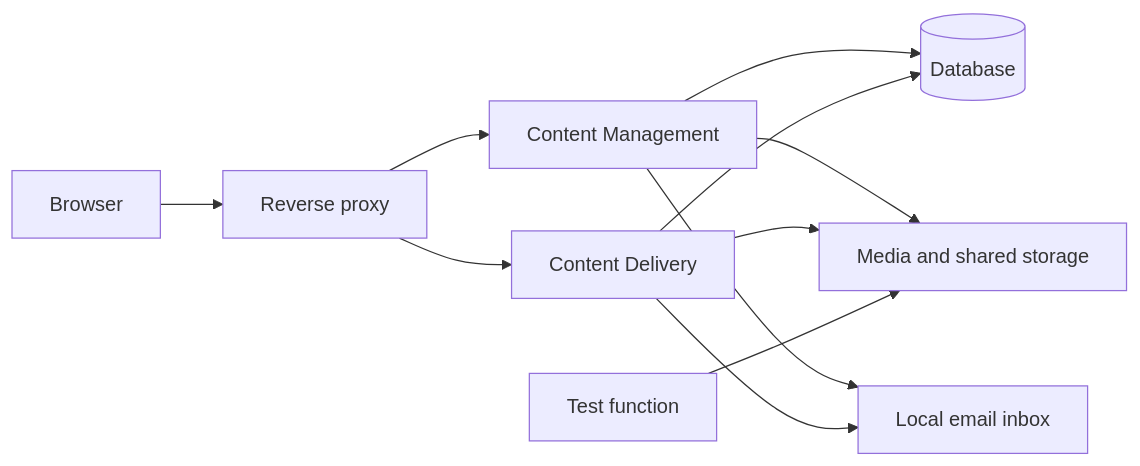
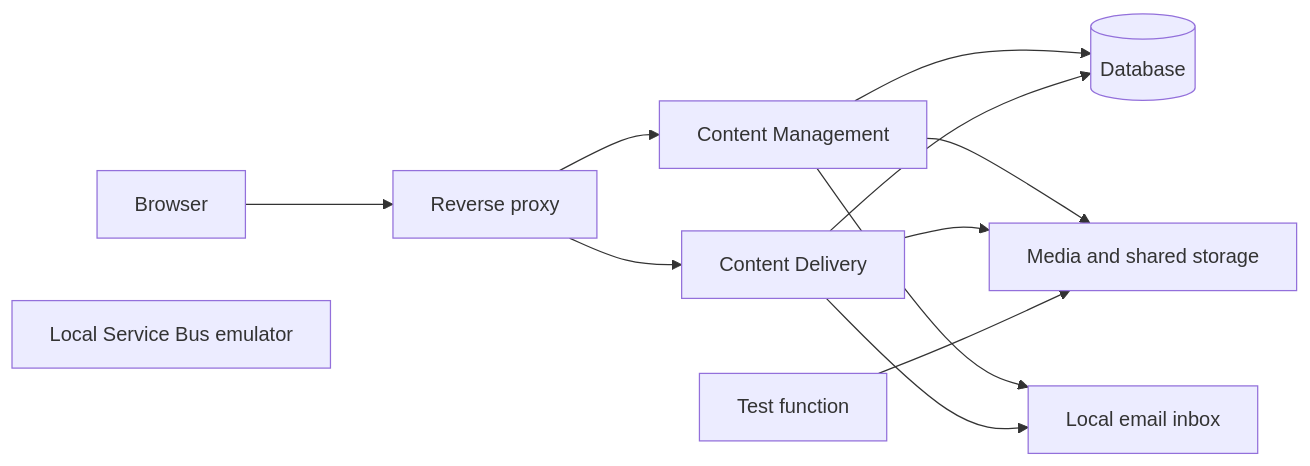
The diagram in README.md (hallojoe/defaults-for-umbraco), drawn with Mermaid before and after one commit. The commit also changed other lines of this file and 3 other files, not shown here.

Commit message:
add: Aspire service bus emulator. (#7)

````diff
--- a/README.md
+++ b/README.md
@@ -26,15 +26,17 @@
 ```mermaid
 flowchart LR
     Browser[Browser] --> Proxy[Reverse proxy]
     Proxy --> CM[Content Management]
     Proxy --> CD[Content Delivery]
 
     CM --> SQL[(Database)]
     CD --> SQL
     CM --> Storage[Media and shared storage]
     CD --> Storage
     CM --> Mailpit[Local email inbox]
     CD --> Mailpit
 
     Functions[Test function] --> Storage
+
+    ServiceBus[Local Service Bus emulator]
 ```
````
